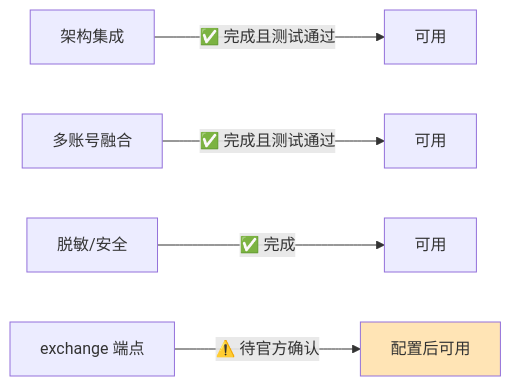
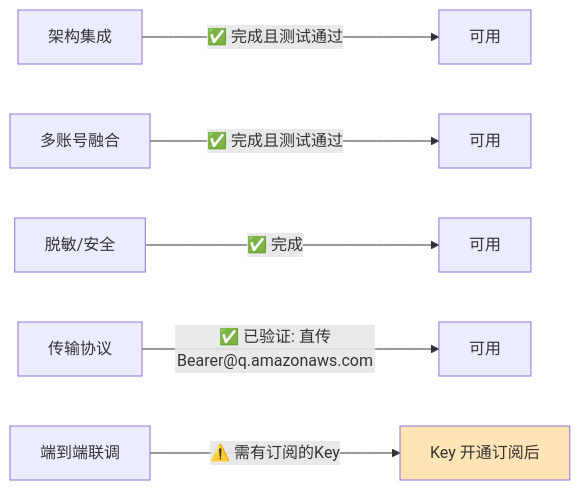
One commit to liangyimingcom/kiro-gateway_jwadow changed the eighth of 8 diagrams in docs/zh/API_KEY_AUTH_POC_RESULT.md. Above: the diagram before and after it, drawn with Mermaid. The commit also changed other lines of this file and 7 other files, not shown here.

````diff
--- a/docs/zh/API_KEY_AUTH_POC_RESULT.md
+++ b/docs/zh/API_KEY_AUTH_POC_RESULT.md
@@ -213,8 +238,9 @@
 ```mermaid
 flowchart LR
     A[架构集成] -->|✅ 完成且测试通过| DONE1[可用]
     B[多账号融合] -->|✅ 完成且测试通过| DONE2[可用]
     C[脱敏/安全] -->|✅ 完成| DONE3[可用]
-    D[exchange 端点] -->|⚠️ 待官方确认| PEND[配置后可用]
+    D[传输协议] -->|✅ 已验证: 直传Bearer@q.amazonaws.com| DONE4[可用]
+    E[端到端联调] -->|⚠️ 需有订阅的Key| PEND[Key 开通订阅后]
     style PEND fill:#FFE4B5
 ```
````
